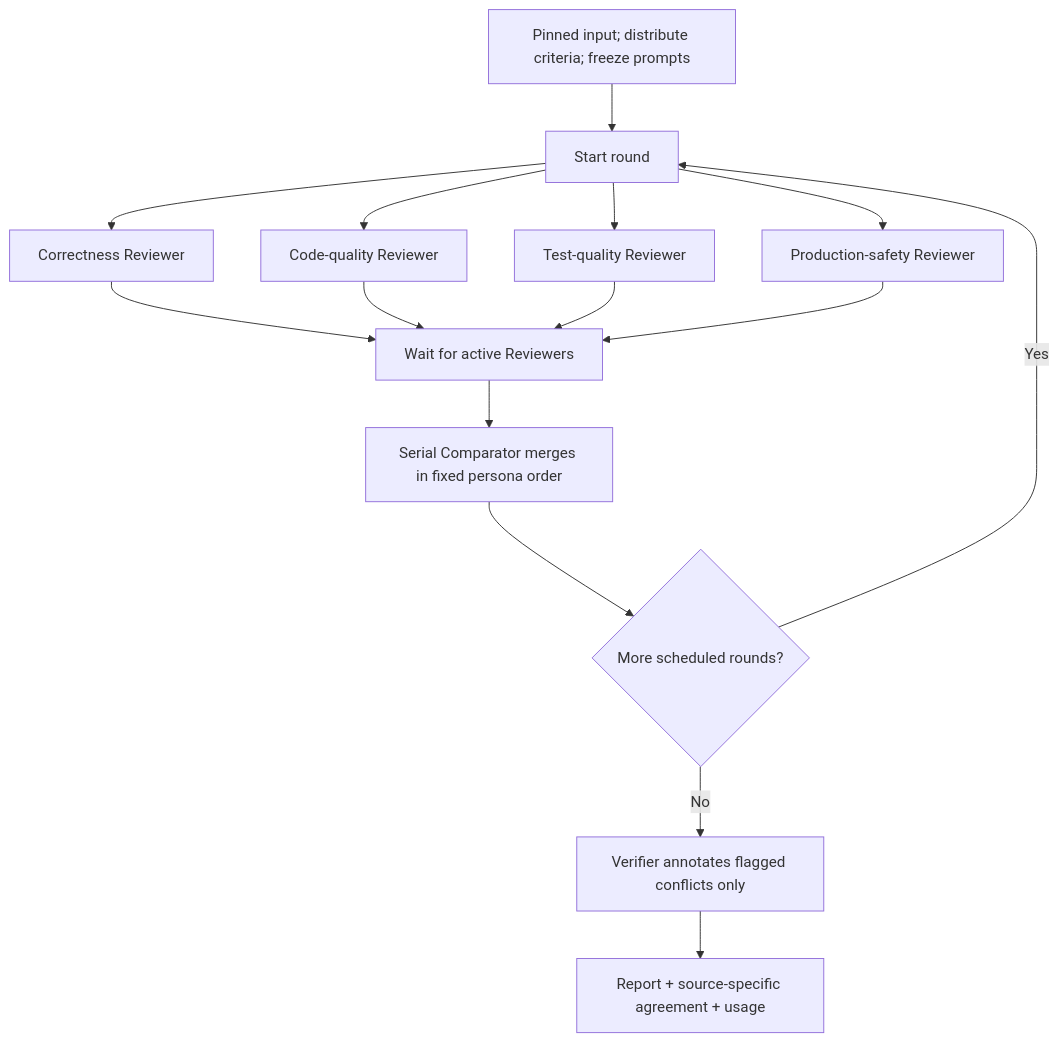
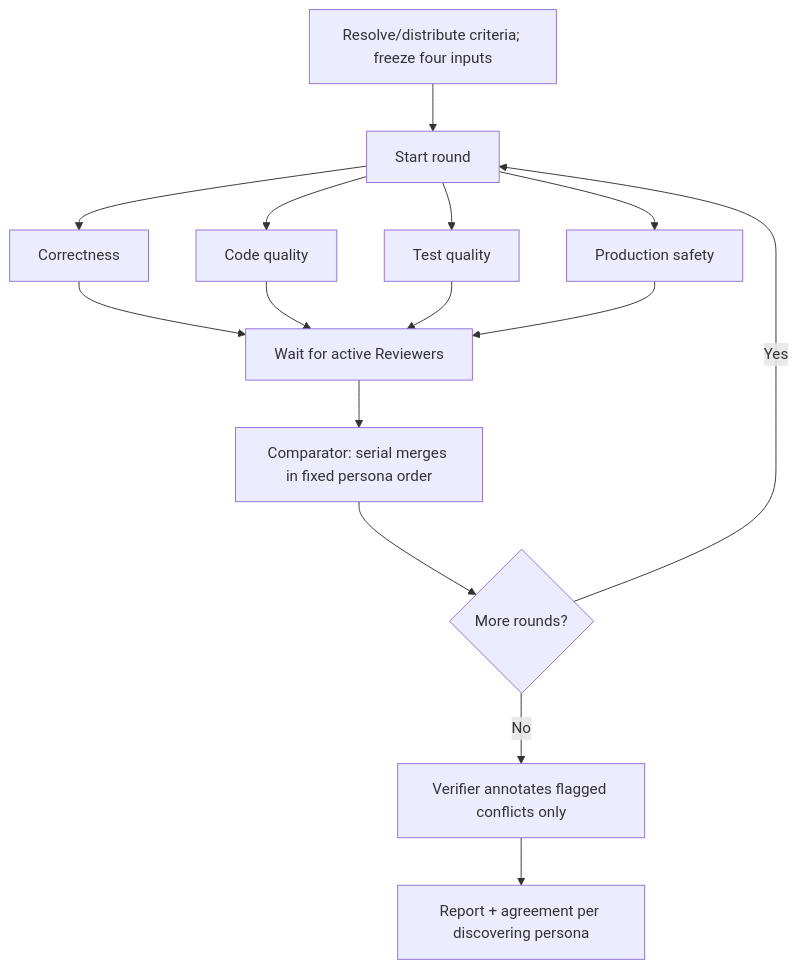
Before and after one commit to sskelkar/code-reviewer: the second of 2 diagrams in README.md, drawn with Mermaid. The commit also changed other lines of this file and 108 other files, not shown here.

````diff
--- a/README.md
+++ b/README.md
@@ -69,17 +65,17 @@
 ```mermaid
 flowchart TD
-    INPUT["Pinned input; distribute criteria; freeze prompts"] --> ROUND["Start round"]
-    ROUND --> C["Correctness Reviewer"]
-    ROUND --> Q["Code-quality Reviewer"]
-    ROUND --> T["Test-quality Reviewer"]
-    ROUND --> S["Production-safety Reviewer"]
+    INPUT["Resolve/distribute criteria; freeze four inputs"] --> ROUND["Start round"]
+    ROUND --> C["Correctness"]
+    ROUND --> Q["Code quality"]
+    ROUND --> T["Test quality"]
+    ROUND --> S["Production safety"]
     C --> BARRIER["Wait for active Reviewers"]
     Q --> BARRIER
     T --> BARRIER
     S --> BARRIER
-    BARRIER --> MERGE["Serial Comparator merges in fixed persona order"]
-    MERGE --> NEXT{"More scheduled rounds?"}
-    NEXT -->|"Yes"| ROUND
-    NEXT -->|"No"| VERIFY["Verifier annotates flagged conflicts only"]
-    VERIFY --> REPORT["Report + source-specific agreement + usage"]
+    BARRIER --> MERGE["Comparator: serial merges in fixed persona order"]
+    MERGE --> NEXT{"More rounds?"}
+    NEXT -->|Yes| ROUND
+    NEXT -->|No| VERIFY["Verifier annotates flagged conflicts only"]
+    VERIFY --> REPORT["Report + agreement per discovering persona"]
 ```
````
